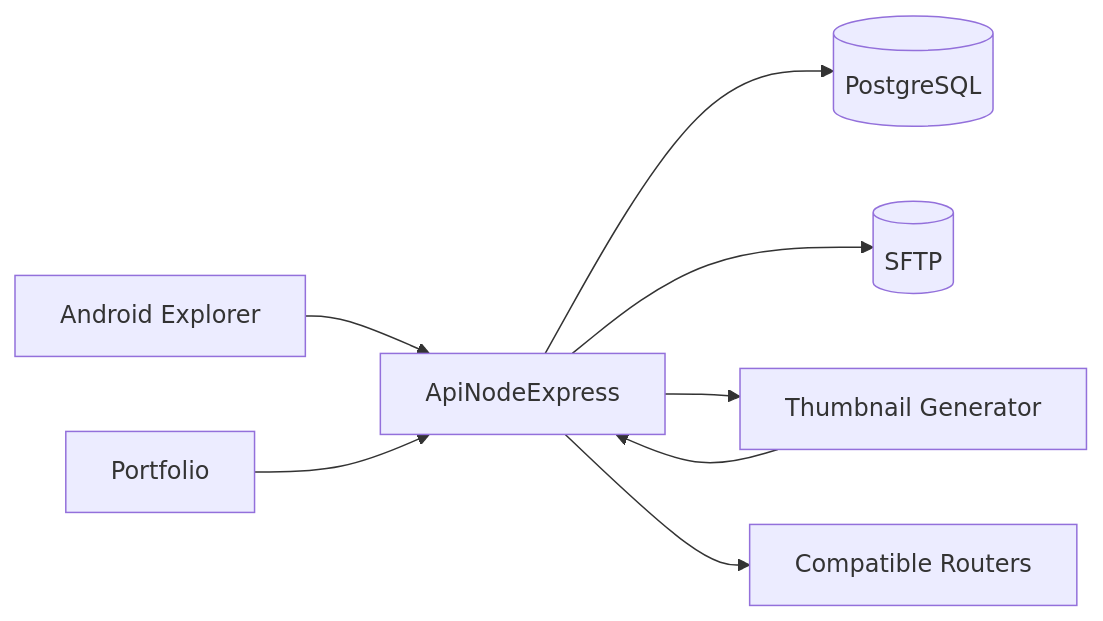
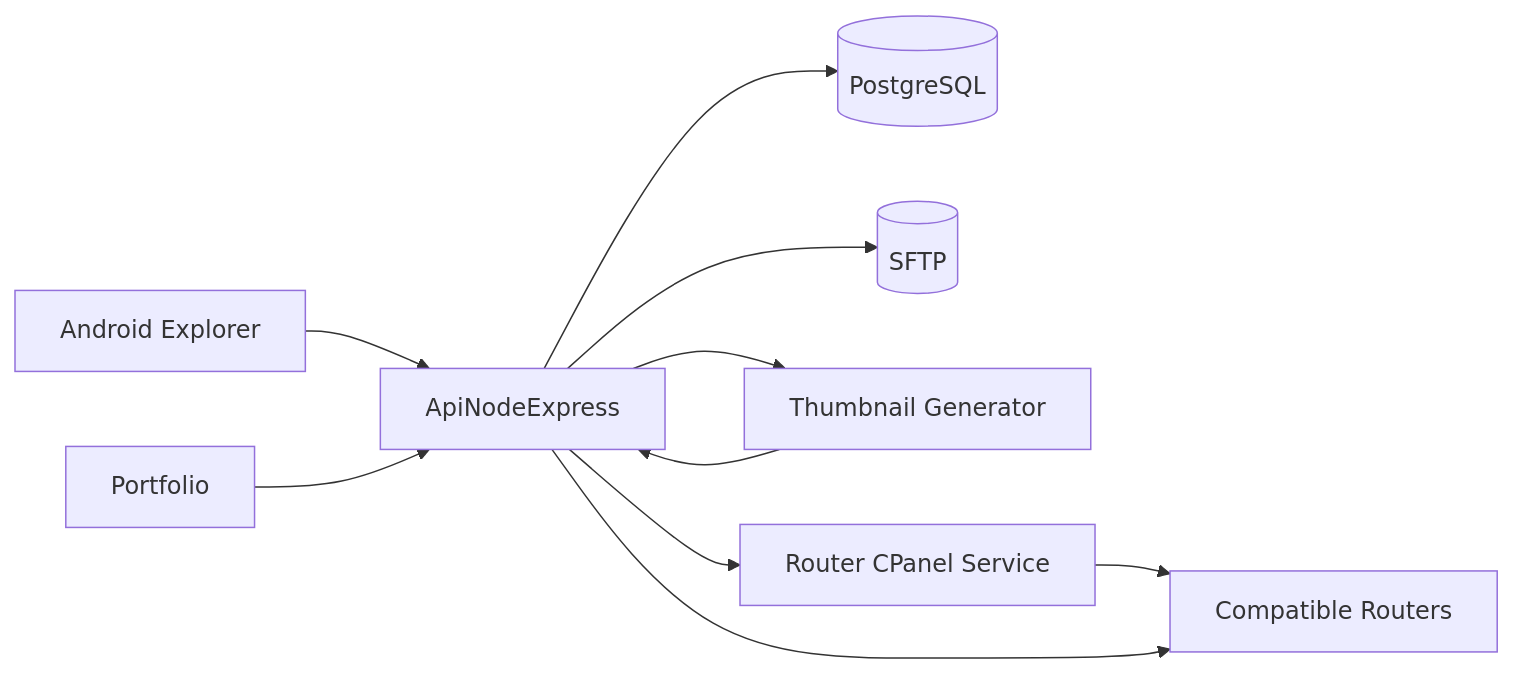
One commit to HattoriHanzo-Ronin/api-node-express changed the first of 2 diagrams in README.md. Above: the diagram before and after it, drawn with Mermaid. The commit also changed other lines of this file and 14 other files, not shown here.

````diff
--- a/README.md
+++ b/README.md
@@ -12,18 +12,21 @@
 ```mermaid
 flowchart LR
     Android["Android Explorer"]
     Portfolio["Portfolio"]
     API["ApiNodeExpress"]
     DB[(PostgreSQL)]
     SFTP[(SFTP)]
     Thumbnails["Thumbnail Generator"]
+    Cpanel["Router CPanel Service"]
     Routers["Compatible Routers"]
 
     Android --> API
     Portfolio --> API
     API --> DB
     API --> SFTP
     API --> Thumbnails
     Thumbnails --> API
+    API --> Cpanel
+    Cpanel --> Routers
     API --> Routers
 ```
````
